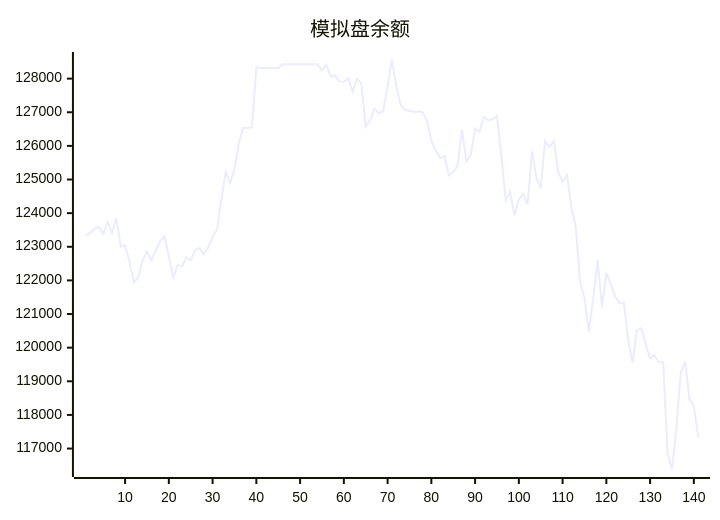
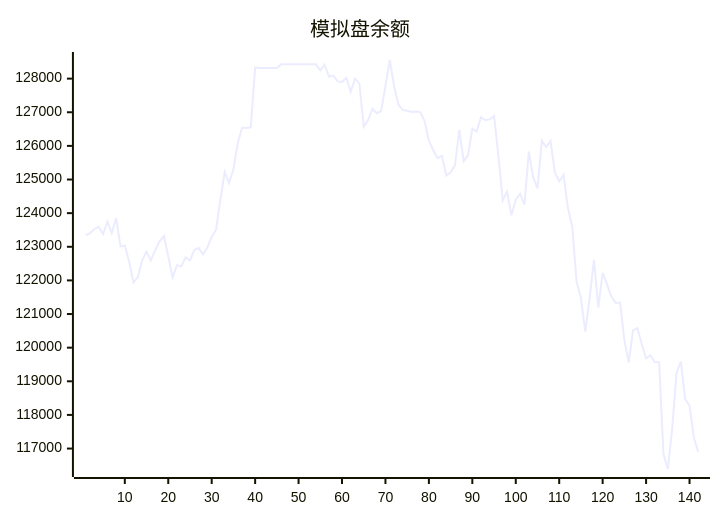
The diagram in README.md (aahl/ai-trading), drawn with Mermaid before and after one commit. The commit also changed other lines of this file and 1 other file, not shown here.

````diff
--- a/README.md
+++ b/README.md
@@ -5,5 +5,5 @@
 ```mermaid
 xychart
     title "模拟盘余额"
-    line [123338,123402,123530,123592,123378,123745,123413,123853,123009,123040,122557,121938,122095,122599,122856,122597,122898,123160,123319,122719,122087,122454,122416,122685,122592,122907,122961,122776,122981,123295,123507,124403,125224,124894,125303,126088,126544,126534,126549,128335,128318,128318,128318,128318,128318,128424,128424,128424,128424,128424,128424,128424,128424,128424,128247,128412,128062,128087,127917,127901,128026,127611,128000,127850,126572,126770,127100,126971,127029,127783,128554,127765,127224,127064,127044,127009,127025,127004,126738,126152,125871,125635,125707,125117,125217,125420,126480,125545,125715,126511,126424,126856,126764,126788,126890,125710,124381,124632,123936,124402,124574,124256,125833,125070,124739,126154,125966,126145,125213,124943,125143,124157,123604,121959,121476,120476,121470,122610,121201,122221,121889,121522,121332,121344,120232,119559,120513,120577,120108,119680,119777,119572,119568,116839,116392,117573,119250,119585,118469,118277,117338]
+    line [123338,123402,123530,123592,123378,123745,123413,123853,123009,123040,122557,121938,122095,122599,122856,122597,122898,123160,123319,122719,122087,122454,122416,122685,122592,122907,122961,122776,122981,123295,123507,124403,125224,124894,125303,126088,126544,126534,126549,128335,128318,128318,128318,128318,128318,128424,128424,128424,128424,128424,128424,128424,128424,128424,128247,128412,128062,128087,127917,127901,128026,127611,128000,127850,126572,126770,127100,126971,127029,127783,128554,127765,127224,127064,127044,127009,127025,127004,126738,126152,125871,125635,125707,125117,125217,125420,126480,125545,125715,126511,126424,126856,126764,126788,126890,125710,124381,124632,123936,124402,124574,124256,125833,125070,124739,126154,125966,126145,125213,124943,125143,124157,123604,121959,121476,120476,121470,122610,121201,122221,121889,121522,121332,121344,120232,119559,120513,120577,120108,119680,119777,119572,119568,116839,116392,117573,119250,119585,118469,118277,117338,116897]
 ```
````
